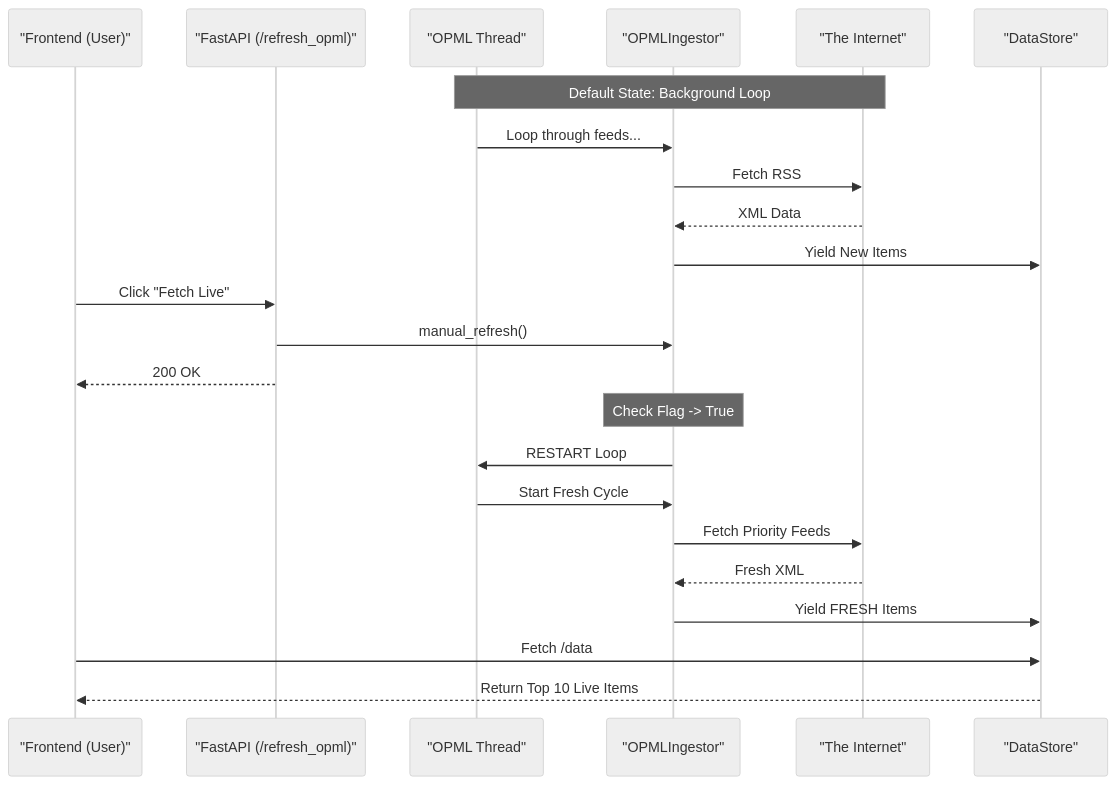
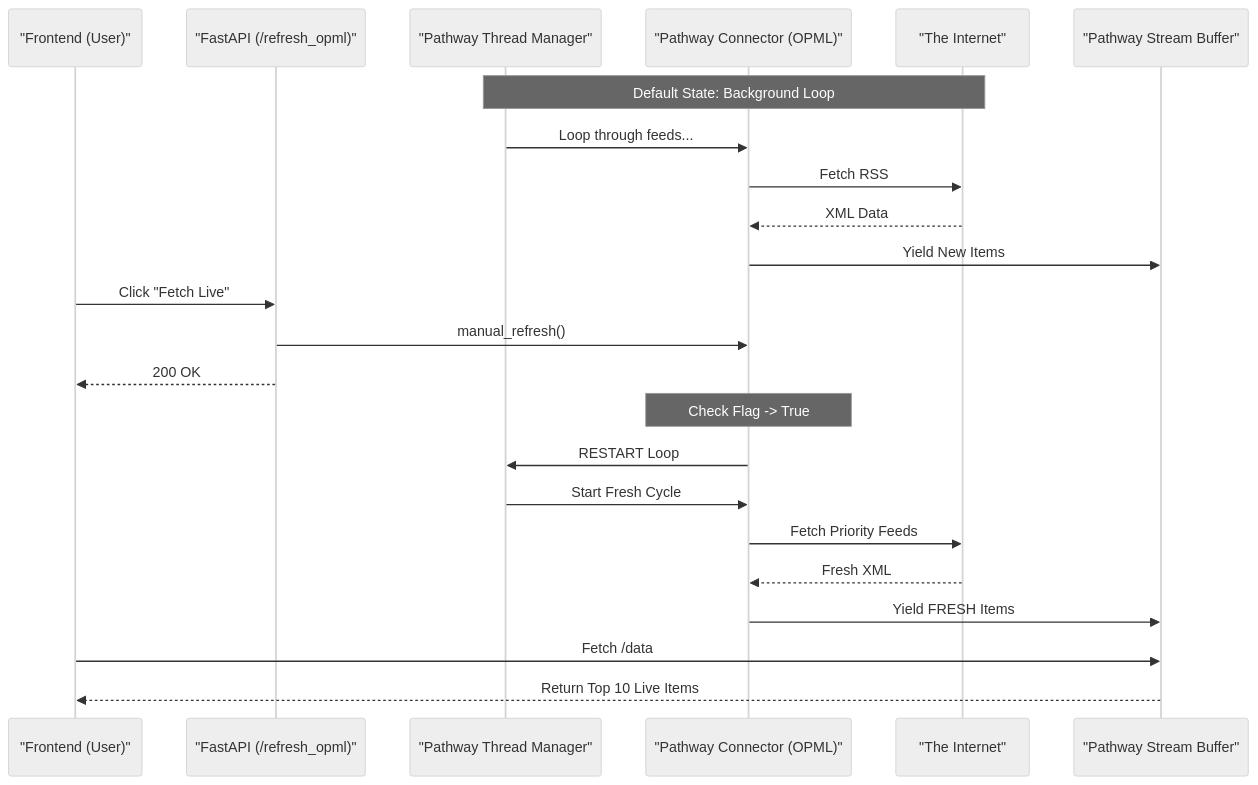
Before and after one commit to atharvavdeo/LiveAnalyst_Pathway: the second of 2 diagrams in README.md, drawn with Mermaid (neutral theme).

Commit message:
docs: explicit pathway branding in diagrams

````diff
--- a/README.md
+++ b/README.md
@@ -83,30 +83,30 @@
 ```mermaid
 sequenceDiagram
     participant User as "Frontend (User)"
     participant API as "FastAPI (/refresh_opml)"
-    participant Thread as "OPML Thread"
-    participant Engine as "OPMLIngestor"
+    participant Thread as "Pathway Thread Manager"
+    participant Engine as "Pathway Connector (OPML)"
     participant Web as "The Internet"
-    participant Store as "DataStore"
+    participant Store as "Pathway Stream Buffer"
 
     Note over Thread, Web: Default State: Background Loop
     Thread->>Engine: Loop through feeds...
     Engine->>Web: Fetch RSS
     Web-->>Engine: XML Data
     Engine->>Store: Yield New Items
 
     User->>API: Click "Fetch Live"
     API->>Engine: manual_refresh()
     API-->>User: 200 OK
     
     Note over Engine: Check Flag -> True
     Engine->>Thread: RESTART Loop
     
     Thread->>Engine: Start Fresh Cycle
     Engine->>Web: Fetch Priority Feeds
     Web-->>Engine: Fresh XML
     Engine->>Store: Yield FRESH Items
     
     User->>Store: Fetch /data
     Store-->>User: Return Top 10 Live Items
 ```
````
